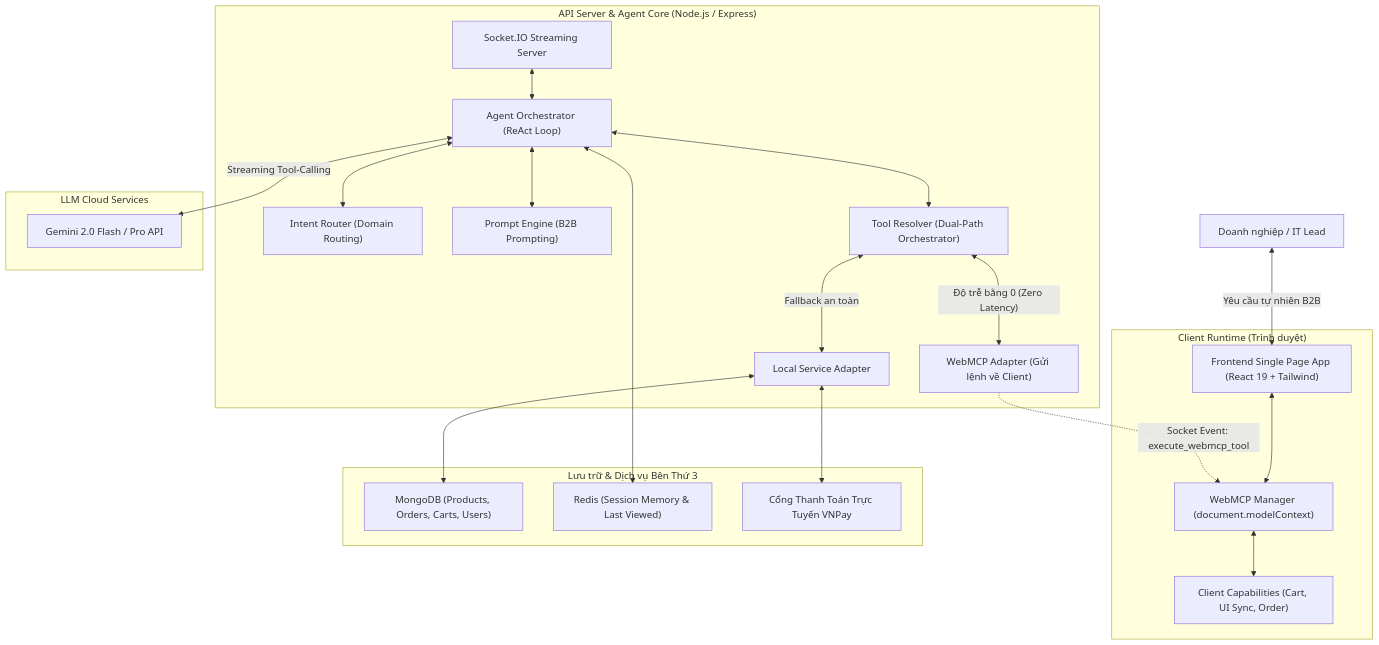
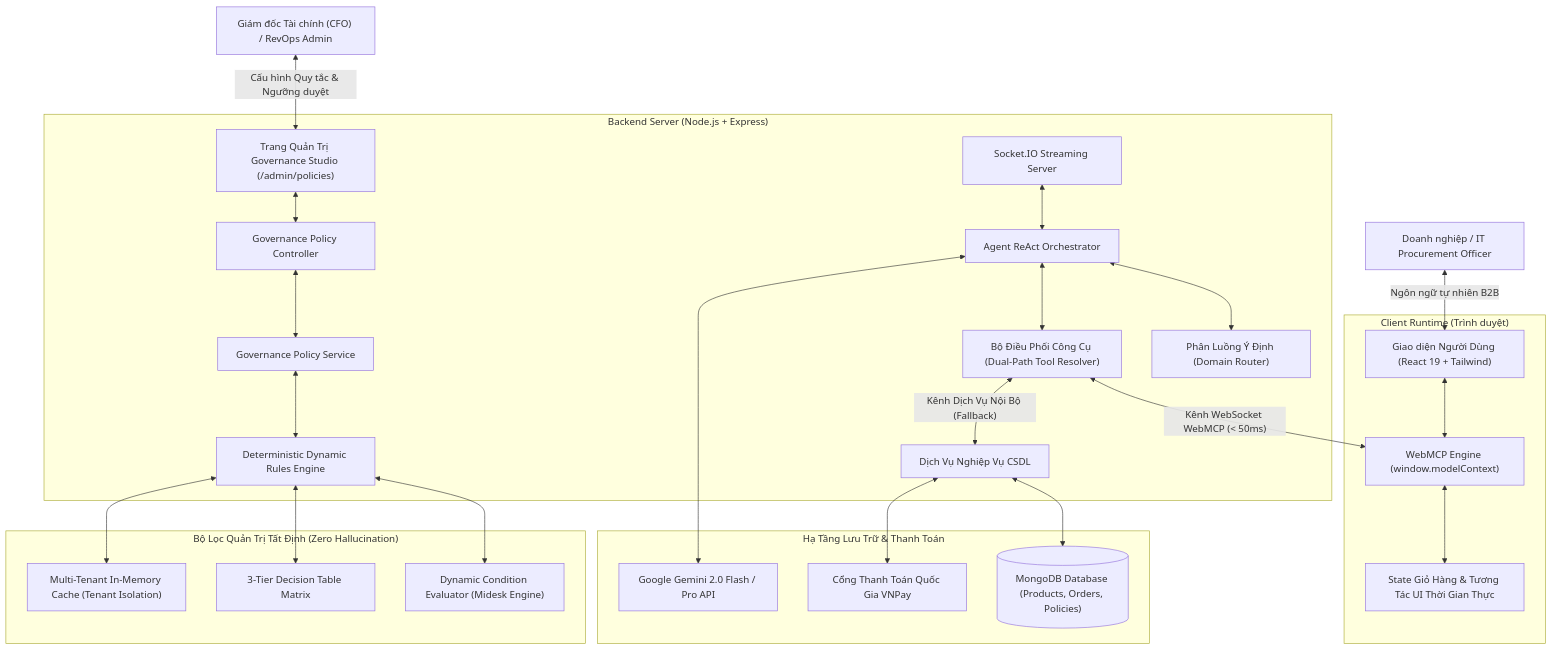
The diagram in README.md (HuuNhan-147/ProcurePrime), drawn with Mermaid before and after one commit. The commit also changed other lines of this file and 54 other files, not shown here.

Commit message:
update B2B procurement ai agent flatform

````diff
--- a/README.md
+++ b/README.md
@@ -98,31 +154,35 @@
 ```mermaid
 graph TD
-    User["Doanh nghiệp / IT Lead"] <-->|"Yêu cầu tự nhiên B2B"| FrontendUI["Frontend Single Page App (React 19 + Tailwind)"]
-    
-    subgraph ClientBrowser["Client Runtime (Trình duyệt)"]
-        FrontendUI <--> WebMCPMgr["WebMCP Manager (document.modelContext)"]
-        WebMCPMgr <--> ClientTools["Client Capabilities (Cart, UI Sync, Order)"]
+    User["Doanh nghiệp / IT Procurement Officer"] <-->|"Ngôn ngữ tự nhiên B2B"| WebStorefront["Giao diện Người Dùng (React 19 + Tailwind)"]
+    Admin["Giám đốc Tài chính (CFO) / RevOps Admin"] <-->|"Cấu hình Quy tắc & Ngưỡng duyệt"| AdminPortal["Trang Quản Trị Governance Studio (/admin/policies)"]
+
+    subgraph ClientLayer["Client Runtime (Trình duyệt)"]
+        WebStorefront <--> WebMCPManager["WebMCP Engine (window.modelContext)"]
+        WebMCPManager <--> ClientState["State Giỏ Hàng & Tương Tác UI Thời Gian Thực"]
     end
 
-    subgraph ServerBackend["API Server & Agent Core (Node.js / Express)"]
-        SocketServer["Socket.IO Streaming Server"] <--> AgentOrch["Agent Orchestrator (ReAct Loop)"]
-        AgentOrch <--> IntentRouter["Intent Router (Domain Routing)"]
-        AgentOrch <--> PromptEngine["Prompt Engine (B2B Prompting)"]
-        AgentOrch <--> ToolResolver["Tool Resolver (Dual-Path Orchestrator)"]
+    subgraph BackendLayer["Backend Server (Node.js + Express)"]
+        SocketServer["Socket.IO Streaming Server"] <--> ReActOrchestrator["Agent ReAct Orchestrator"]
+        ReActOrchestrator <--> IntentRouter["Phân Luồng Ý Định (Domain Router)"]
+        ReActOrchestrator <--> DualPathResolver["Bộ Điều Phối Công Cụ (Dual-Path Tool Resolver)"]
         
-        ToolResolver <-->|"Độ trễ bằng 0 (Zero Latency)"| WebMCPAdapter["WebMCP Adapter (Gửi lệnh về Client)"]
-        ToolResolver <-->|"Fallback an toàn"| LocalServiceAdapter["Local Service Adapter"]
+        DualPathResolver <-->|"Kênh WebSocket WebMCP (< 50ms)"| WebMCPManager
+        DualPathResolver <-->|"Kênh Dịch Vụ Nội Bộ (Fallback)"| LocalDBService["Dịch Vụ Nghiệp Vụ CSDL"]
+        
+        AdminPortal <--> GovernanceController["Governance Policy Controller"]
+        GovernanceController <--> GovernanceService["Governance Policy Service"]
+        GovernanceService <--> DeterministicEngine["Deterministic Dynamic Rules Engine"]
     end
 
-    subgraph LLM_Cloud["LLM Cloud Services"]
-        AgentOrch <-->|"Streaming Tool-Calling"| GeminiFlash["Gemini 2.0 Flash / Pro API"]
+    subgraph GovernanceCore["Bộ Lọc Quản Trị Tất Định (Zero Hallucination)"]
+        DeterministicEngine <--> DynamicRuleBuilder["Dynamic Condition Evaluator (Midesk Engine)"]
+        DeterministicEngine <--> DecisionTableMatrix["3-Tier Decision Table Matrix"]
+        DeterministicEngine <--> MultiTenantCache["Multi-Tenant In-Memory Cache (Tenant Isolation)"]
     end
 
-    subgraph Persistence["Lưu trữ & Dịch vụ Bên Thứ 3"]
-        LocalServiceAdapter <--> MongoDB["MongoDB (Products, Orders, Carts, Users)"]
-        AgentOrch <--> Redis["Redis (Session Memory & Last Viewed)"]
-        LocalServiceAdapter <--> VNPay["Cổng Thanh Toán Trực Tuyến VNPay"]
+    subgraph ExternalServices["Hạ Tầng Lưu Trữ & Thanh Toán"]
+        LocalDBService <--> MongoDB[("MongoDB Database (Products, Orders, Policies)")]
+        ReActOrchestrator <--> GeminiAI["Google Gemini 2.0 Flash / Pro API"]
+        LocalDBService <--> VNPayGateway["Cổng Thanh Toán Quốc Gia VNPay"]
     end
-
-    WebMCPAdapter -.->|"Socket Event: execute_webmcp_tool"| WebMCPMgr
 ```
````
